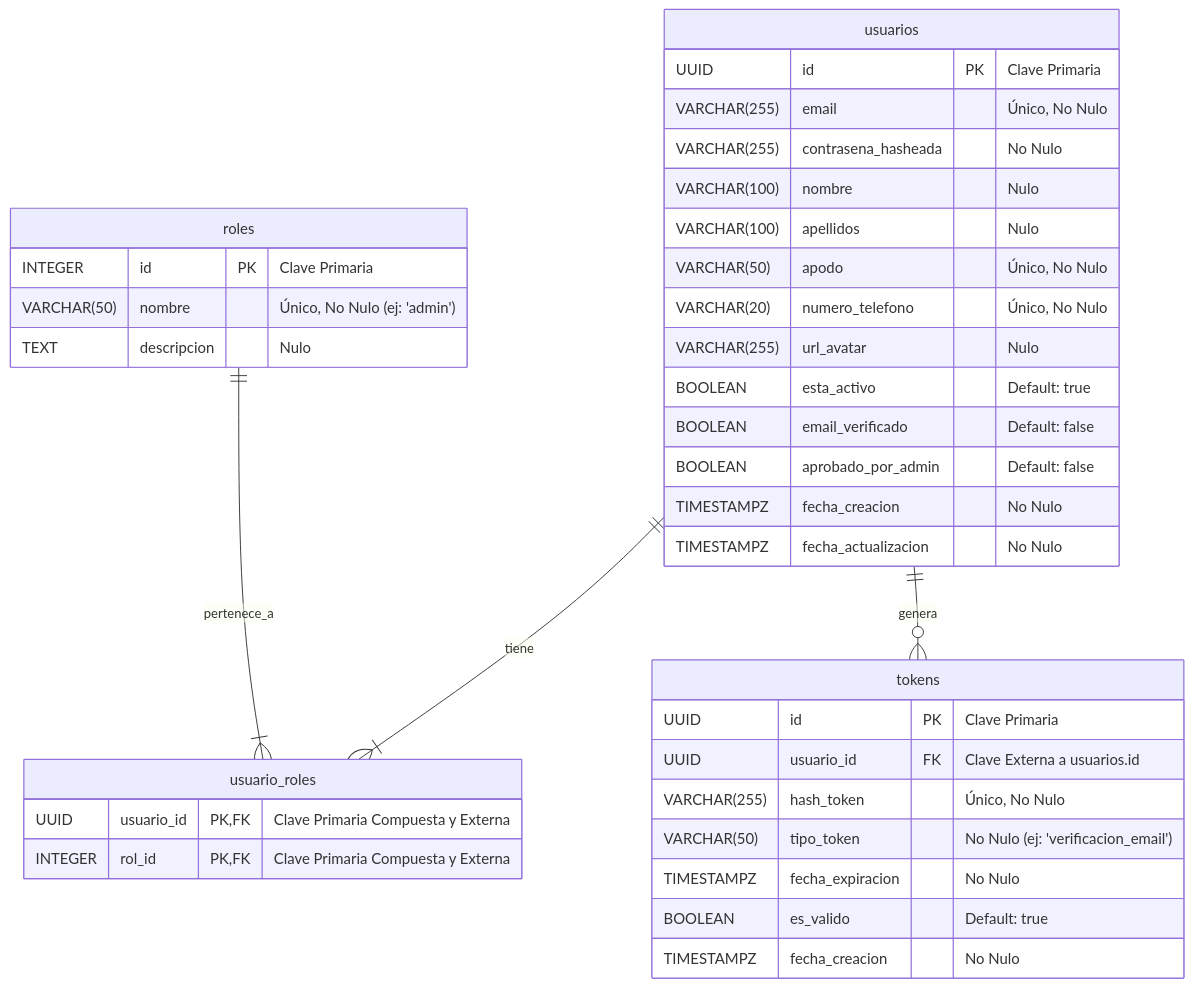
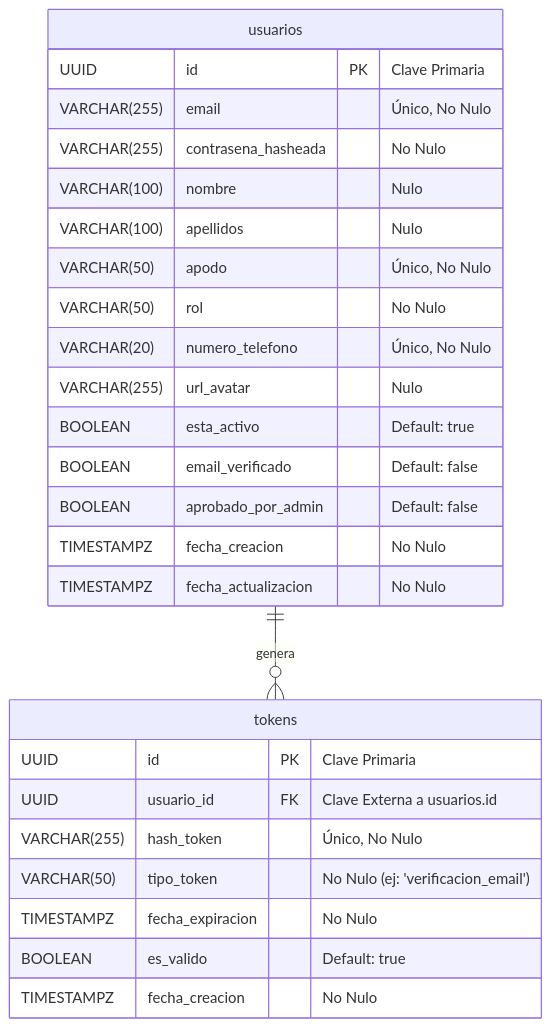
Before and after one commit to seglion/Proyecto_A_Fervenza_Tinta: the first of 22 diagrams in diagrama_users.md, drawn with Mermaid. The commit also changed other lines of this file and 48 other files, not shown here.

````diff
--- a/diagrama_users.md
+++ b/diagrama_users.md
@@ -23,40 +23,30 @@
 ```mermaid
 erDiagram
  usuarios {
      UUID id PK "Clave Primaria"
      VARCHAR(255) email "Único, No Nulo"
      VARCHAR(255) contrasena_hasheada "No Nulo"
      VARCHAR(100) nombre "Nulo"
      VARCHAR(100) apellidos "Nulo"
      VARCHAR(50) apodo "Único, No Nulo"
+     VARCHAR(50) rol "No Nulo"
      VARCHAR(20) numero_telefono "Único, No Nulo"
      VARCHAR(255) url_avatar "Nulo"
      BOOLEAN esta_activo "Default: true"
      BOOLEAN email_verificado "Default: false"
      BOOLEAN aprobado_por_admin "Default: false"
      TIMESTAMPZ fecha_creacion "No Nulo"
      TIMESTAMPZ fecha_actualizacion "No Nulo"
- }
- roles {
-     INTEGER id PK "Clave Primaria"
-     VARCHAR(50) nombre "Único, No Nulo (ej: 'admin')"
-     TEXT descripcion "Nulo"
- }
- usuario_roles {
-     UUID usuario_id PK, FK "Clave Primaria Compuesta y Externa"
-     INTEGER rol_id PK, FK "Clave Primaria Compuesta y Externa"
  }
  tokens {
      UUID id PK "Clave Primaria"
      UUID usuario_id FK "Clave Externa a usuarios.id"
      VARCHAR(255) hash_token "Único, No Nulo"
      VARCHAR(50) tipo_token "No Nulo (ej: 'verificacion_email')"
      TIMESTAMPZ fecha_expiracion "No Nulo"
      BOOLEAN es_valido "Default: true"
      TIMESTAMPZ fecha_creacion "No Nulo"
      
  }
- usuarios ||--|{ usuario_roles : "tiene"
- roles ||--|{ usuario_roles : "pertenece_a"
  usuarios ||--o{ tokens : "genera"
  ```
````
